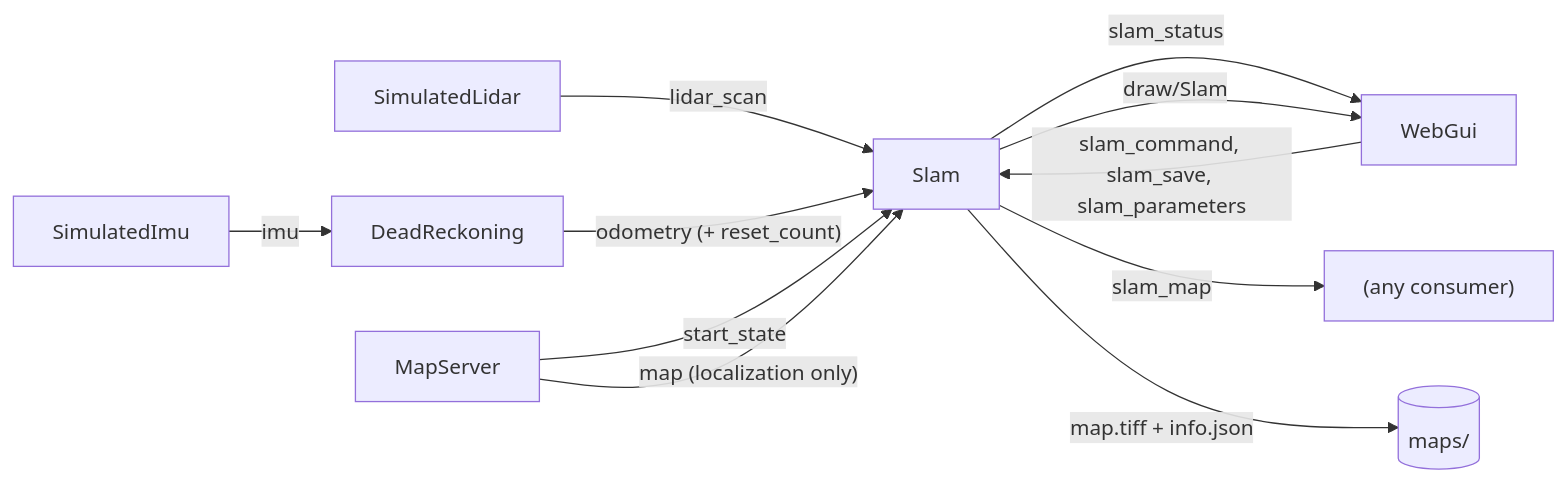
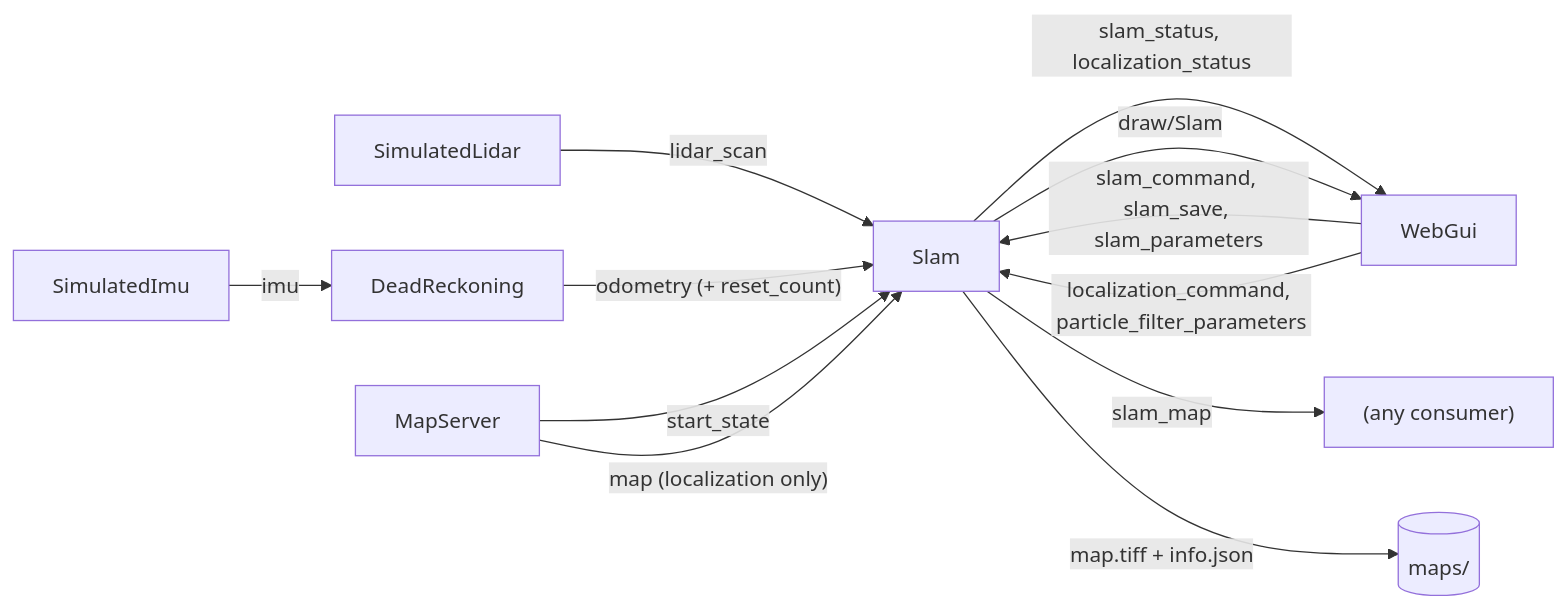
Before and after one commit to Noce99/AuRoRus: the diagram in documentation/slam.md, drawn with Mermaid. The commit also changed other lines of this file and 37 other files, not shown here.

Commit message:
Ported particle filter

````diff
--- a/documentation/slam.md
+++ b/documentation/slam.md
@@ -25,13 +30,14 @@
 ```mermaid
 flowchart LR
     L["SimulatedLidar"] -- "lidar_scan" --> S["Slam"]
     I["SimulatedImu"] -- "imu" --> D["DeadReckoning"]
     D -- "odometry (+ reset_count)" --> S
     W["WebGui"] -- "slam_command, slam_save, slam_parameters" --> S
-    S -- "slam_status" --> W
+    W -- "localization_command, particle_filter_parameters" --> S
+    S -- "slam_status, localization_status" --> W
     S -- "slam_map" --> X["(any consumer)"]
     S -- "draw/Slam" --> W
     M["MapServer"] -- "start_state" --> S
     M -- "map (localization only)" --> S
     S -- "map.tiff + info.json" --> F[("maps/")]
 ```
````
